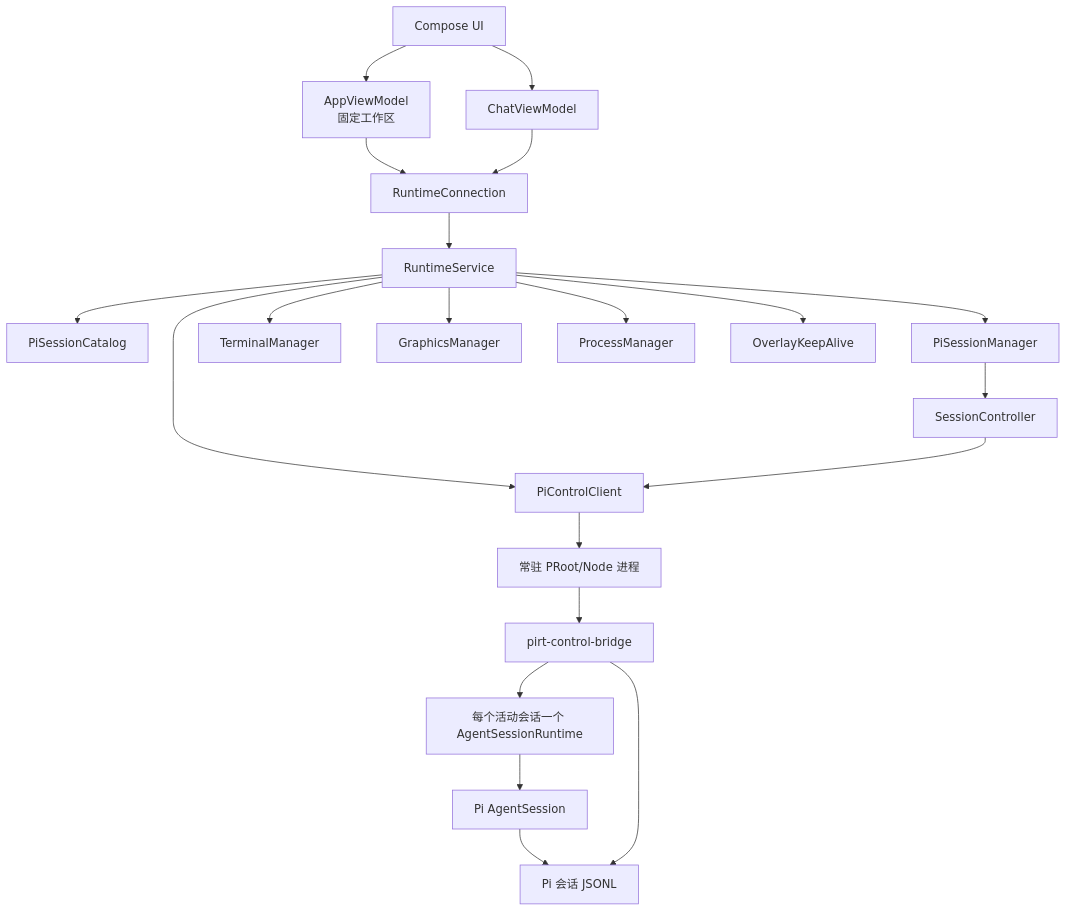
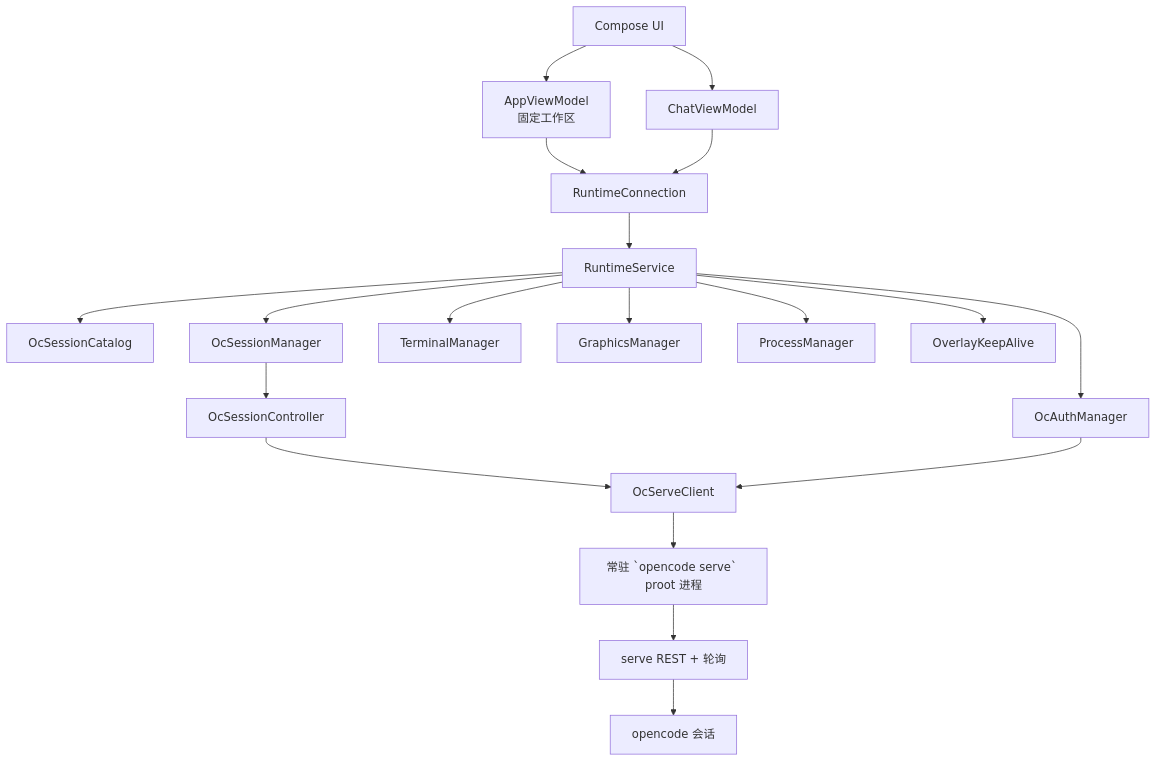
One commit to lizereride90/PIRT-OPENCODE changed the first of 3 diagrams in docs/architecture.zh-CN.md. Above: the diagram before and after it, drawn with Mermaid. The commit also changed other lines of this file and 42 other files, not shown here.

Commit message:
OpenCode replaces Pi: serve client, managers, auth, UI, MCPs, cached CI

````diff
--- a/docs/architecture.zh-CN.md
+++ b/docs/architecture.zh-CN.md
@@ -9,23 +9,21 @@
 ```mermaid
 flowchart TD
     UI["Compose UI"] --> APP["AppViewModel\n固定工作区"]
     UI --> CHAT["ChatViewModel"]
     APP --> CONN["RuntimeConnection"]
     CHAT --> CONN
     CONN --> SERVICE["RuntimeService"]
-    SERVICE --> CATALOG["PiSessionCatalog"]
-    SERVICE --> MANAGER["PiSessionManager"]
-    SERVICE --> CONTROL["PiControlClient"]
+    SERVICE --> CATALOG["OcSessionCatalog"]
+    SERVICE --> MANAGER["OcSessionManager"]
+    SERVICE --> AUTH["OcAuthManager"]
     SERVICE --> TERMINAL["TerminalManager"]
     SERVICE --> GRAPHICS["GraphicsManager"]
     SERVICE --> PROCESSES["ProcessManager"]
     SERVICE --> OVERLAY["OverlayKeepAlive"]
-    MANAGER --> CTRL["SessionController"]
-    CTRL --> CONTROL
-    CONTROL --> HOST["常驻 PRoot/Node 进程"]
-    HOST --> BRIDGE["pirt-control-bridge"]
-    BRIDGE --> RUNTIME["每个活动会话一个 AgentSessionRuntime"]
-    RUNTIME --> SESSION["Pi AgentSession"]
-    SESSION --> JSONL["Pi 会话 JSONL"]
-    BRIDGE --> JSONL
+    MANAGER --> CTRL["OcSessionController"]
+    CTRL --> SERVE["OcServeClient"]
+    AUTH --> SERVE
+    SERVE --> HOST["常驻 `opencode serve` proot 进程"]
+    HOST --> API["serve REST + 轮询"]
+    API --> SESSION["opencode 会话"]
 ```
````
